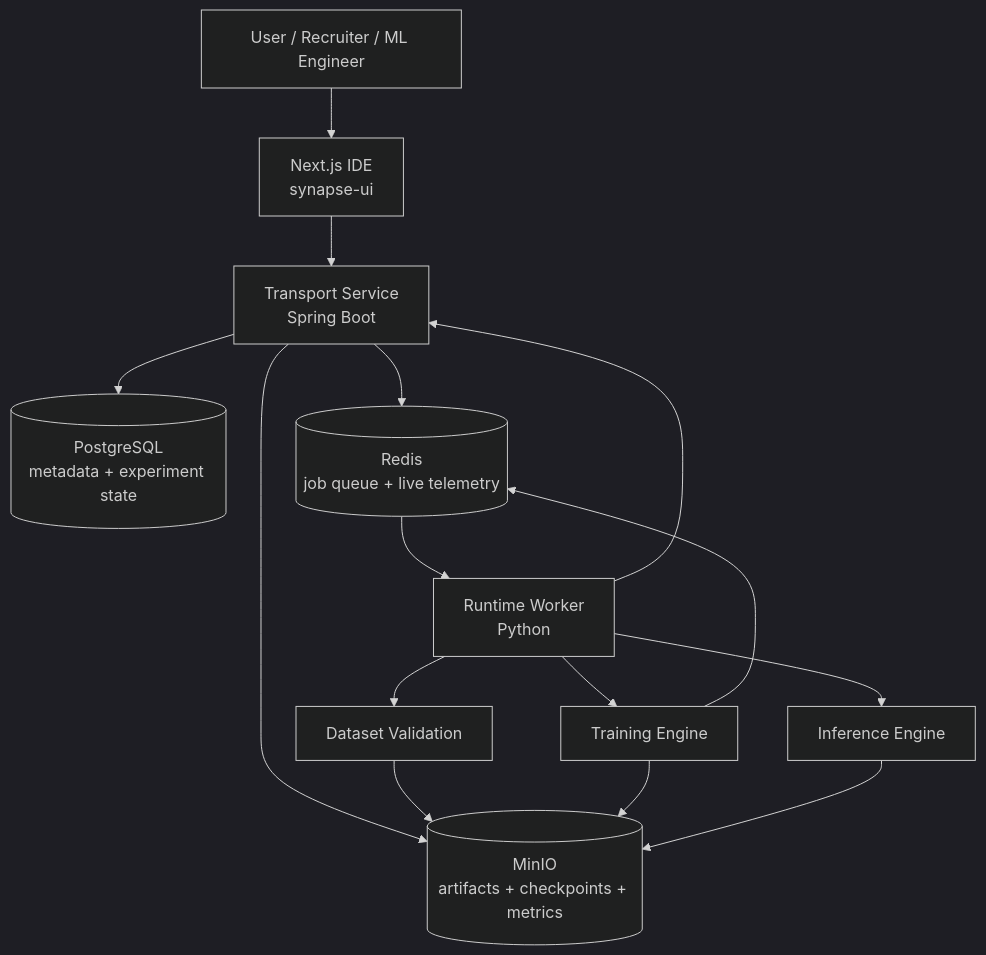
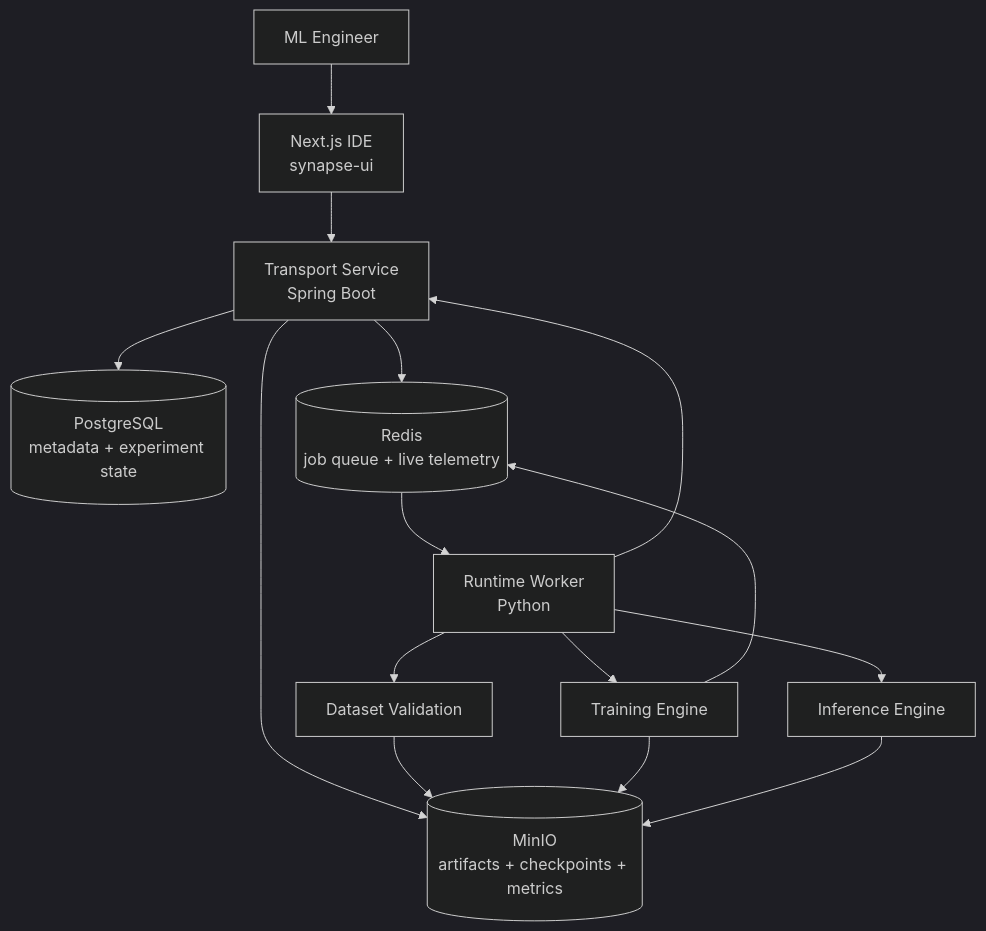
One commit to harshit-sandilya/synapse changed the diagram in README.md. Above: the diagram before and after it, drawn with Mermaid (dark theme). The commit also changed other lines of this file and 3 other files, not shown here.

````diff
--- a/README.md
+++ b/README.md
@@ -19,21 +19,21 @@
 ```mermaid
 flowchart TD
-    U[User / Recruiter / ML Engineer] --> UI[Next.js IDE<br/>synapse-ui]
+    U[ML Engineer] --> UI[Next.js IDE<br/>synapse-ui]
     UI --> T[Transport Service<br/>Spring Boot]
 
     T --> PG[(PostgreSQL<br/>metadata + experiment state)]
     T --> R[(Redis<br/>job queue + live telemetry)]
     T --> M[(MinIO<br/>artifacts + checkpoints + metrics)]
 
     R --> W[Runtime Worker<br/>Python]
     W --> DV[Dataset Validation]
     W --> TR[Training Engine]
     W --> IN[Inference Engine]
 
     DV --> M
     TR --> M
     IN --> M
 
     W --> T
     TR --> R
 ```
````
